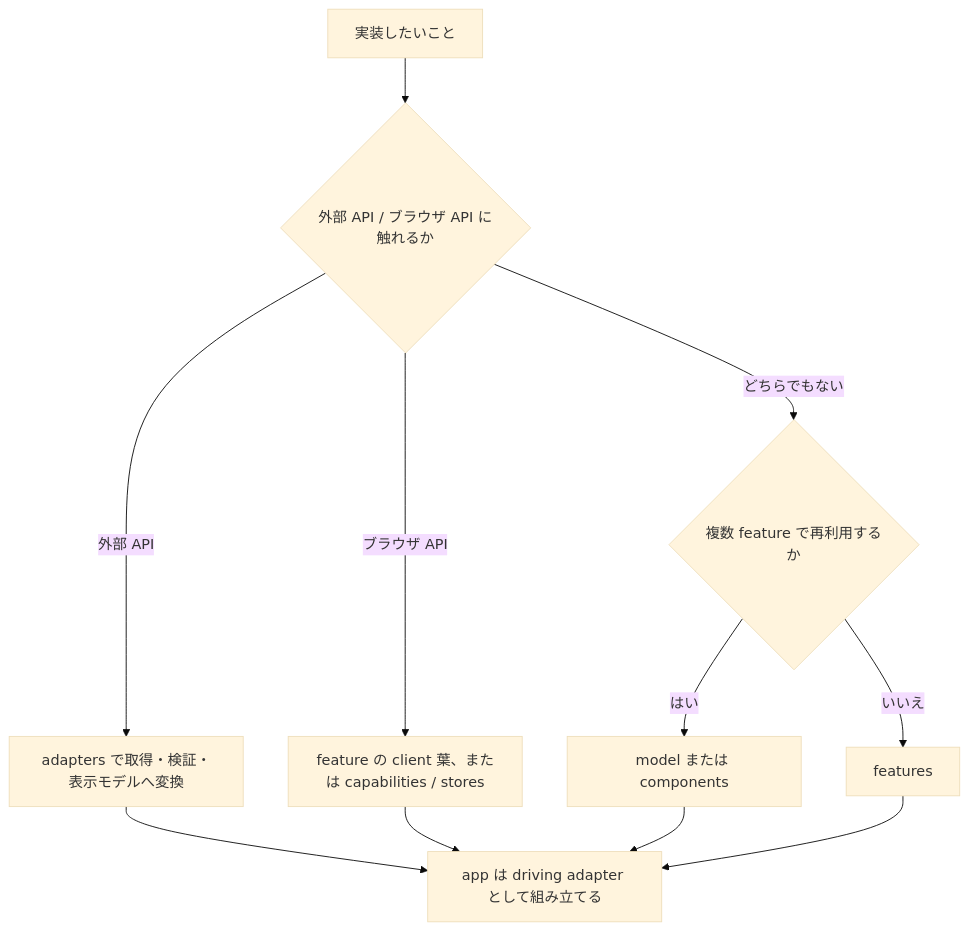
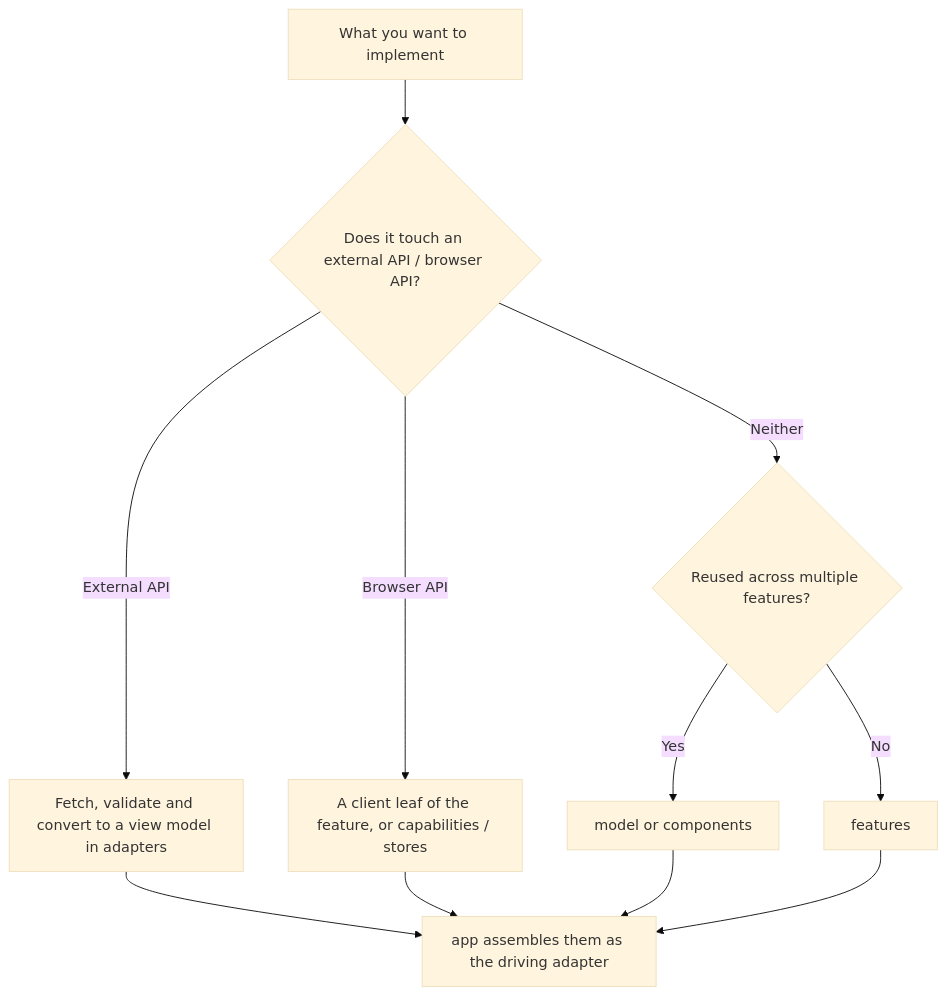
One commit to Tomy-ch/nextjs-boilerplate changed the diagram in docs/playbook.md. Above: the diagram before and after it, drawn with Mermaid (base theme). The commit also changed other lines of this file and 189 other files, not shown here.

````diff
--- a/docs/playbook.md
+++ b/docs/playbook.md
@@ -7,13 +7,13 @@
 ```mermaid
 flowchart TD
-  A[実装したいこと] --> B{外部 API / ブラウザ API に触れるか}
-  B -->|外部 API| C[adapters で取得・検証・表示モデルへ変換]
-  B -->|ブラウザ API| D[feature の client 葉、または capabilities / stores]
-  B -->|どちらでもない| E{複数 feature で再利用するか}
-  E -->|はい| F[model または components]
-  E -->|いいえ| G[features]
-  C --> H[app は driving adapter として組み立てる]
+  A[What you want to implement] --> B{Does it touch an external API / browser API?}
+  B -->|External API| C[Fetch, validate and convert to a view model in adapters]
+  B -->|Browser API| D[A client leaf of the feature, or capabilities / stores]
+  B -->|Neither| E{Reused across multiple features?}
+  E -->|Yes| F[model or components]
+  E -->|No| G[features]
+  C --> H[app assembles them as the driving adapter]
   D --> H
   F --> H
   G --> H
 ```
````
